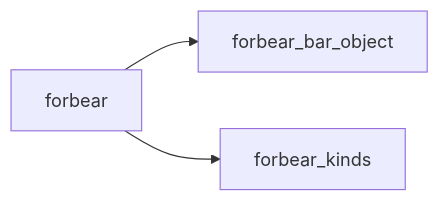
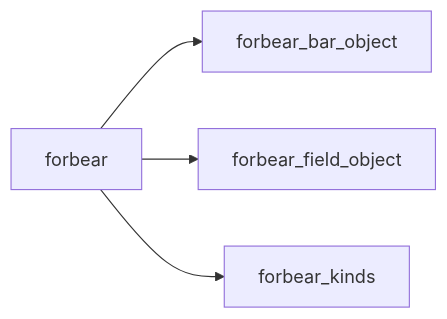
Before and after one commit to szaghi/forbear: the diagram in docs/api/src/lib/forbear.md, drawn with Mermaid. The commit also changed 51 other files, not shown here.

````diff
--- a/docs/api/src/lib/forbear.md
+++ b/docs/api/src/lib/forbear.md
@@ -11,5 +11,6 @@
 ```mermaid
 graph LR
   forbear["forbear"] --> forbear_bar_object["forbear_bar_object"]
+  forbear["forbear"] --> forbear_field_object["forbear_field_object"]
   forbear["forbear"] --> forbear_kinds["forbear_kinds"]
 ```
````
